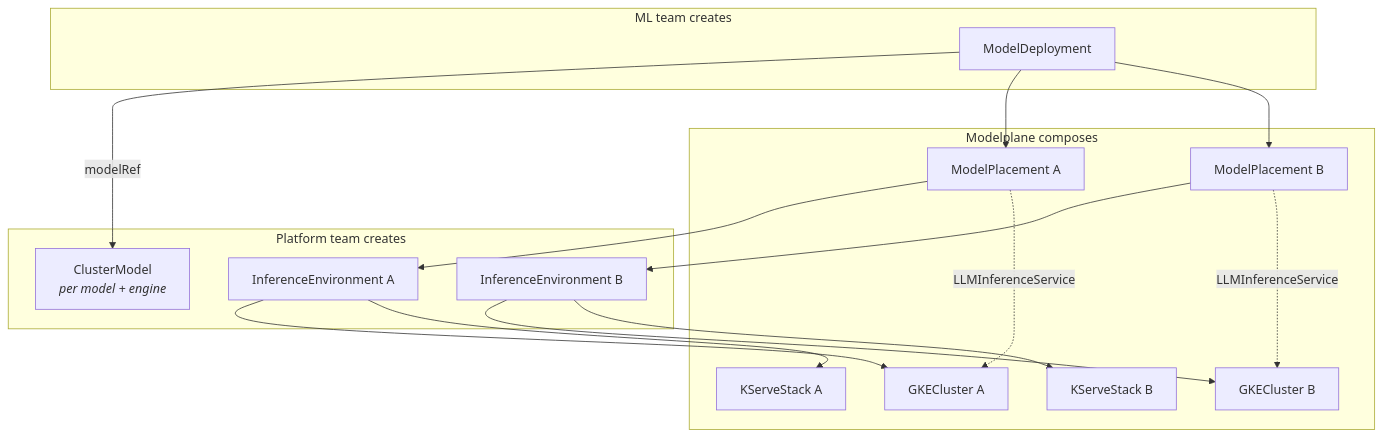
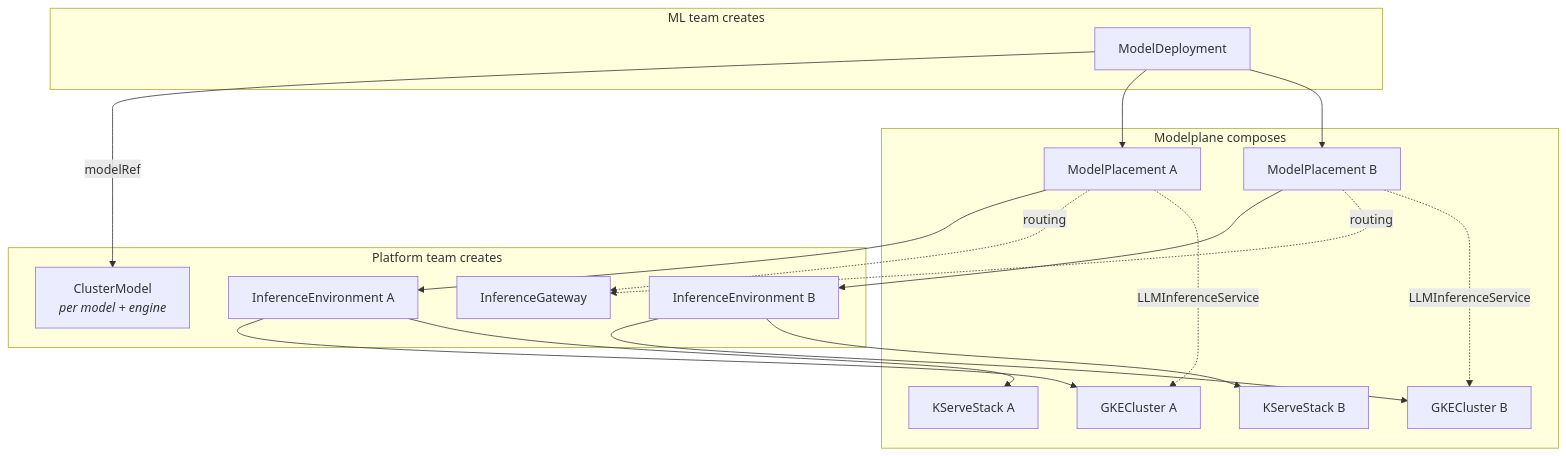
The diagram in design/design.md (modelplaneai/modelplane), drawn with Mermaid before and after one commit. The commit also changed other lines of this file, not shown here.

First line of the commit message:
Update design with InferenceGateway and routing architecture

````diff
--- a/design/design.md
+++ b/design/design.md
@@ -558,33 +619,36 @@
 ```mermaid
 flowchart TD
     subgraph platform["Platform team creates"]
+        IG["InferenceGateway"]
         CM["ClusterModel\n<i>per model + engine</i>"]
         IE1["InferenceEnvironment A"]
         IE2["InferenceEnvironment B"]
     end
 
     subgraph ml["ML team creates"]
         MD["ModelDeployment"]
     end
 
     subgraph composed["Modelplane composes"]
         MP1["ModelPlacement A"]
         MP2["ModelPlacement B"]
         GKE1["GKECluster A"]
         GKE2["GKECluster B"]
         KS1["KServeStack A"]
         KS2["KServeStack B"]
     end
 
     MD -- "modelRef" --> CM
     MD --> MP1
     MD --> MP2
     MP1 --> IE1
+    MP1 -. "routing" .-> IG
     MP2 --> IE2
+    MP2 -. "routing" .-> IG
     IE1 --> GKE1
     IE1 --> KS1
     IE2 --> GKE2
     IE2 --> KS2
     MP1 -. "LLMInferenceService" .-> GKE1
     MP2 -. "LLMInferenceService" .-> GKE2
 ```
````
